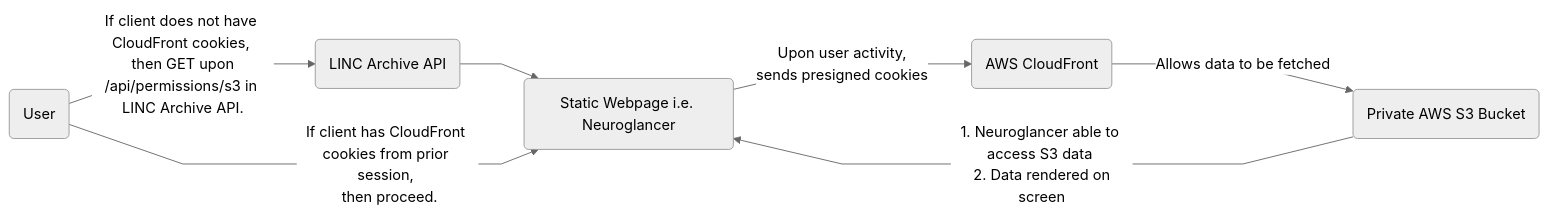
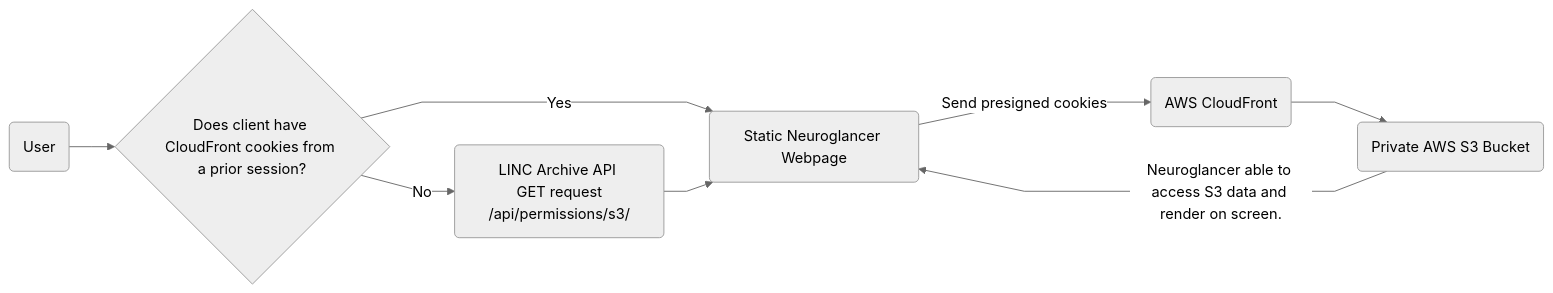
Before and after one commit to kabilar/dandi-archive: the diagram in doc/design/linc_permissions.md, drawn with Mermaid (neutral theme).

````diff
--- a/doc/design/linc_permissions.md
+++ b/doc/design/linc_permissions.md
@@ -60,10 +60,12 @@
 ```mermaid
 %%{init: {"flowchart": {"curve": "linear"}}}%%
 flowchart LR
-    E --> B
-    A(User) -->| If client has CloudFront cookies from prior session, <br/> then proceed. | B(Static Webpage i.e. Neuroglancer)
-    A --> | If client does not have CloudFront cookies, <br/> then GET upon /api/permissions/s3 in LINC Archive API. | E(LINC Archive API)
-    B --> | Upon user activity, <br/> sends presigned cookies | C(AWS CloudFront)
-    C -->| Allows data to be fetched | D(Private AWS S3 Bucket)
-    D -->| 1. Neuroglancer able to access S3 data <br/> 2. Data rendered on screen | B
+    %% E --> B
+    A(User) --> B{Does client have CloudFront cookies from a prior session?}
+    B -- No --> C(LINC Archive API <br/> GET request /api/permissions/s3/)
+    B -- Yes --> D(Static Neuroglancer Webpage)
+    C --> D
+    D -- Send presigned cookies --> E(AWS CloudFront)
+    E --> F(Private AWS S3 Bucket)
+    F -- Neuroglancer able to access S3 data and render on screen. --> D
 ```
````
